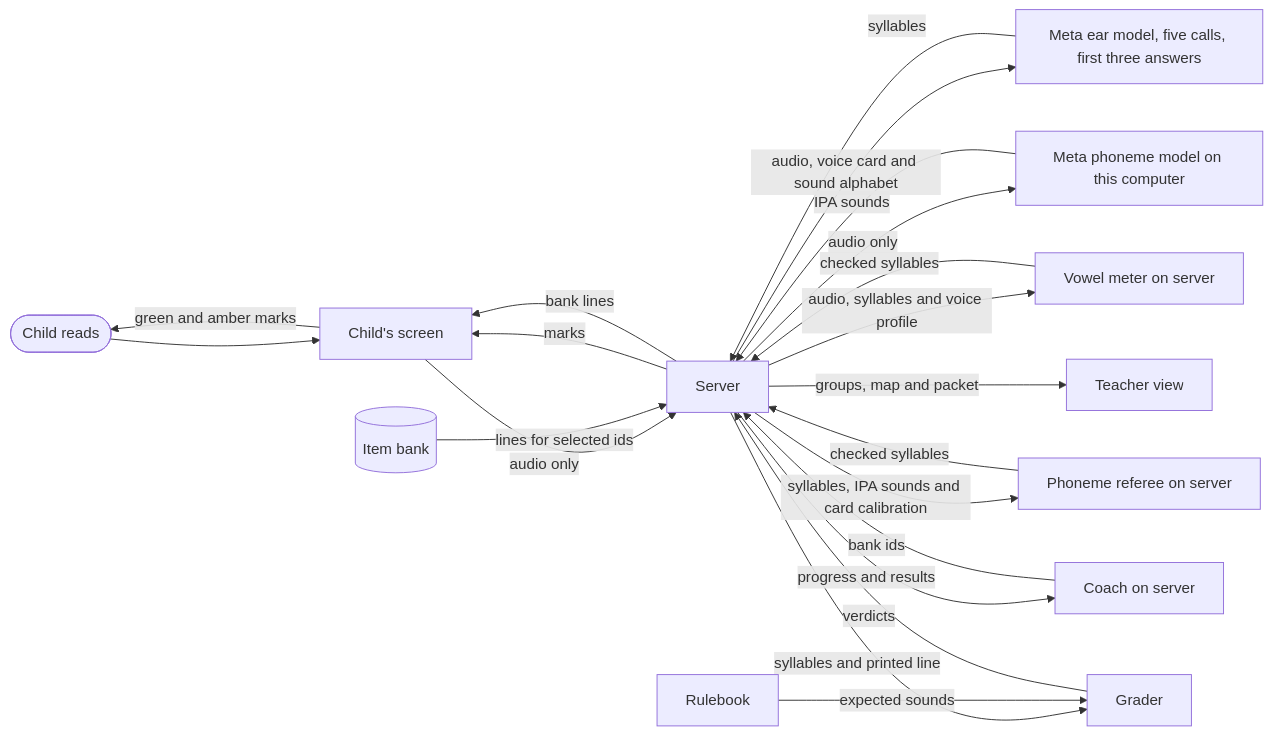
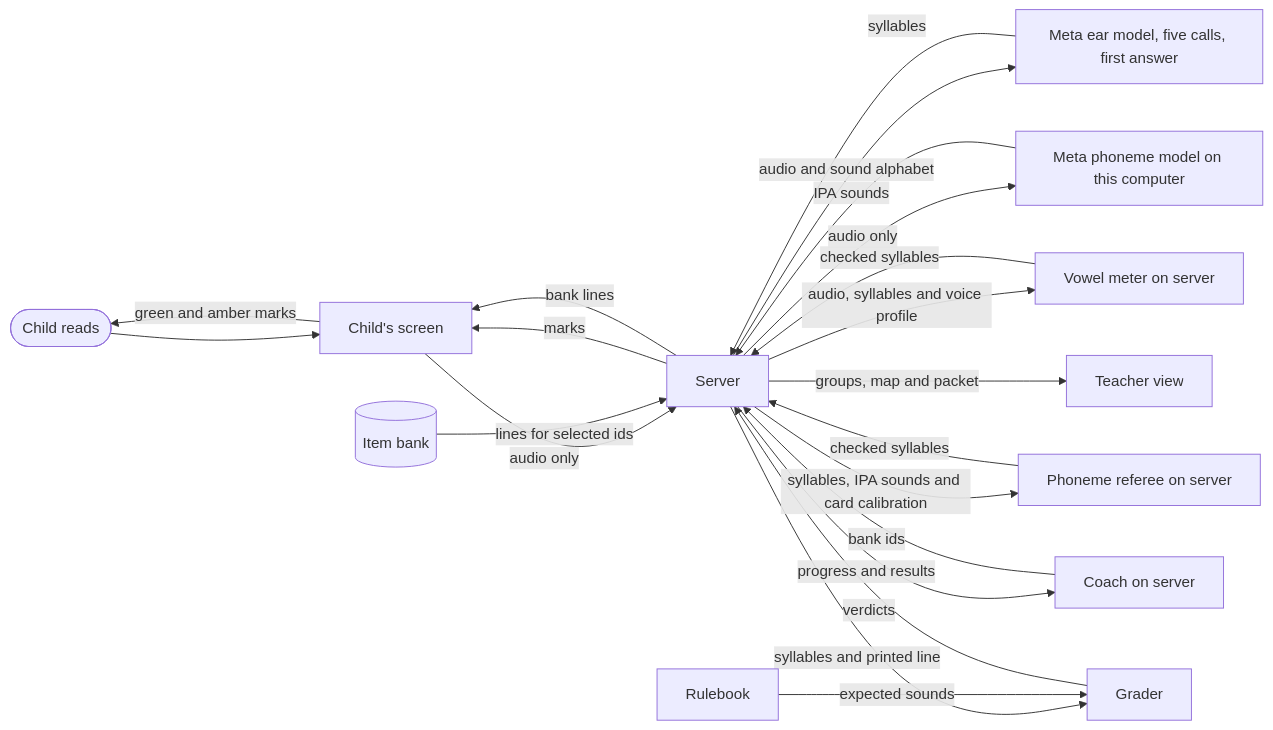
One commit to drlevidruin/meta-hackathon-entry changed the diagram in README.md. Above: the diagram before and after it, drawn with Mermaid. The commit also changed other lines of this file and 8 other files, not shown here.

First line of the commit message:
Faster live checks: the ear hears the reading alone and grades its first answer

````diff
--- a/README.md
+++ b/README.md
@@ -19,23 +19,23 @@
 ```mermaid
 flowchart LR
   child([Child reads]) --> station[Child's screen]
   station -- audio only --> server[Server]
-  server -- audio, voice card and sound alphabet --> ear[Meta ear model, five calls, first three answers]
+  server -- audio and sound alphabet --> ear[Meta ear model, five calls, first answer]
   ear -- syllables --> server
   server -- audio only --> phonemes[Meta phoneme model on this computer]
   phonemes -- IPA sounds --> server
   server -- audio, syllables and voice profile --> meter[Vowel meter on server]
   meter -- checked syllables --> server
   server -- syllables, IPA sounds and card calibration --> referee[Phoneme referee on server]
   referee -- checked syllables --> server
   server -- syllables and printed line --> grader[Grader]
   rulebook[Rulebook] -- expected sounds --> grader
   grader -- verdicts --> server
   server -- marks --> station
   station -- green and amber marks --> child
   server -- progress and results --> coach[Coach on server]
   coach -- bank ids --> server
   bank[(Item bank)] -- lines for selected ids --> server
   server -- bank lines --> station
   server -- groups, map and packet --> teacher[Teacher view]
 ```
````
